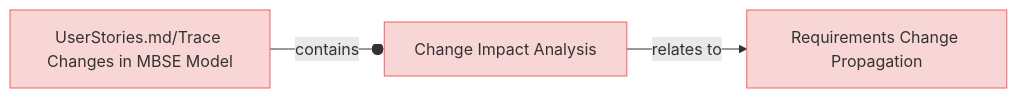
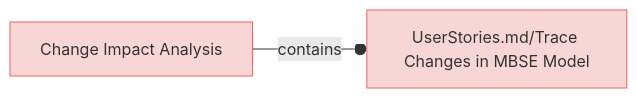
The ninth of 9 diagrams in specifications/UserRequirements.md (reqvire-org/reqvire), drawn with Mermaid before and after one commit. The commit also changed other lines of this file and 65 other files, not shown here.

Commit message:
Diagram generation bug fix: there were opposite relations included.

````diff
--- a/specifications/UserRequirements.md
+++ b/specifications/UserRequirements.md
@@ -824,20 +664,16 @@
 ```mermaid
 graph LR;
   %% Graph styling
   classDef requirement fill:#f9d6d6,stroke:#f55f5f,stroke-width:1px;
   classDef verification fill:#d6f9d6,stroke:#5fd75f,stroke-width:1px;
   classDef externalLink fill:#d0e0ff,stroke:#3080ff,stroke-width:1px;
   classDef default fill:#f5f5f5,stroke:#333333,stroke-width:1px;
 
-  bae5edae94["Change Impact Analysis"];
-  click bae5edae94 "UserRequirements.md#change-impact-analysis";
-  class bae5edae94 requirement;
-  36d8b2eb16["UserStories.md/Trace Changes in MBSE Model"];
-  class 36d8b2eb16 requirement;
-  click 36d8b2eb16 "UserStories.md#trace-changes-in-mbse-model";
-  36d8b2eb16 --o|contains| bae5edae94;
-  745439d5fc["Requirements Change Propagation"];
-  class 745439d5fc requirement;
-  click 745439d5fc "SpecificationsRequirements.md#requirements-change-propagation";
-  bae5edae94 -->|relates to| 745439d5fc;
+  bae5edae940ba590["Change Impact Analysis"];
+  click bae5edae940ba590 "UserRequirements.md#change-impact-analysis";
+  class bae5edae940ba590 requirement;
+  36d8b2eb16113a7f["UserStories.md/Trace Changes in MBSE Model"];
+  class 36d8b2eb16113a7f requirement;
+  click 36d8b2eb16113a7f "UserStories.md#trace-changes-in-mbse-model";
+  bae5edae940ba590 --o|contains| 36d8b2eb16113a7f;
 ```
````
